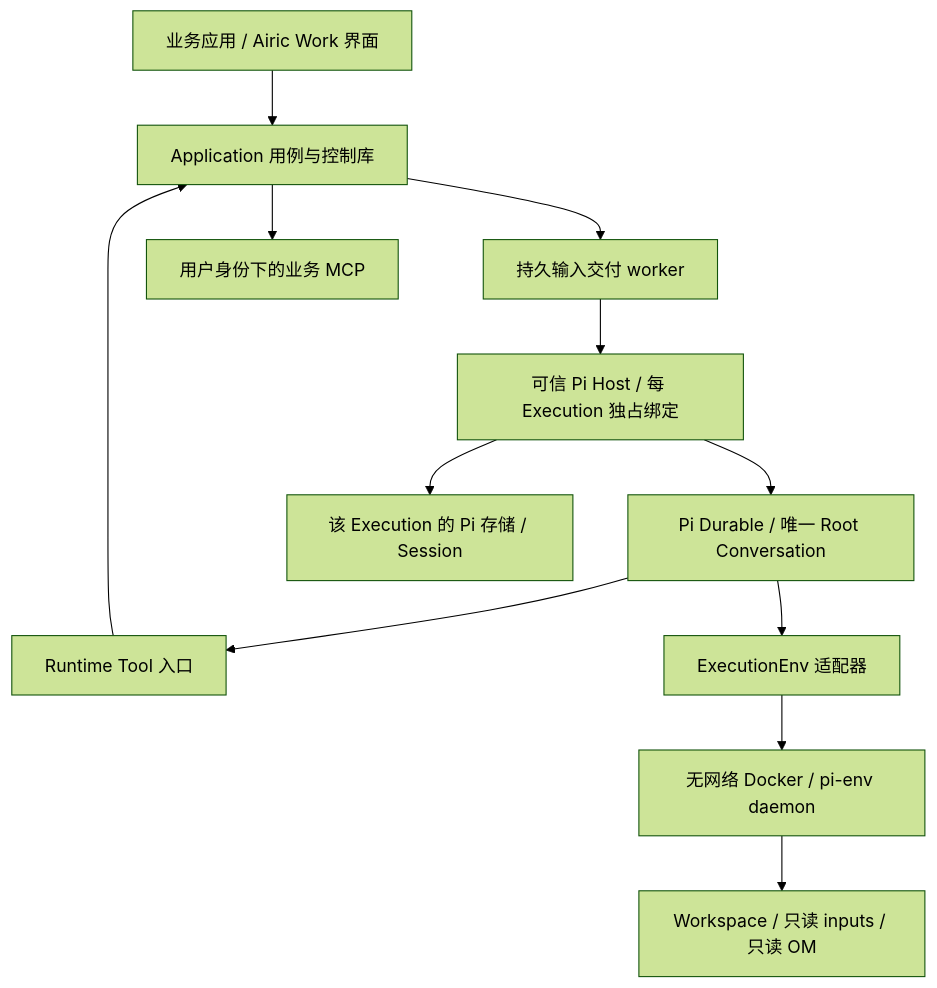
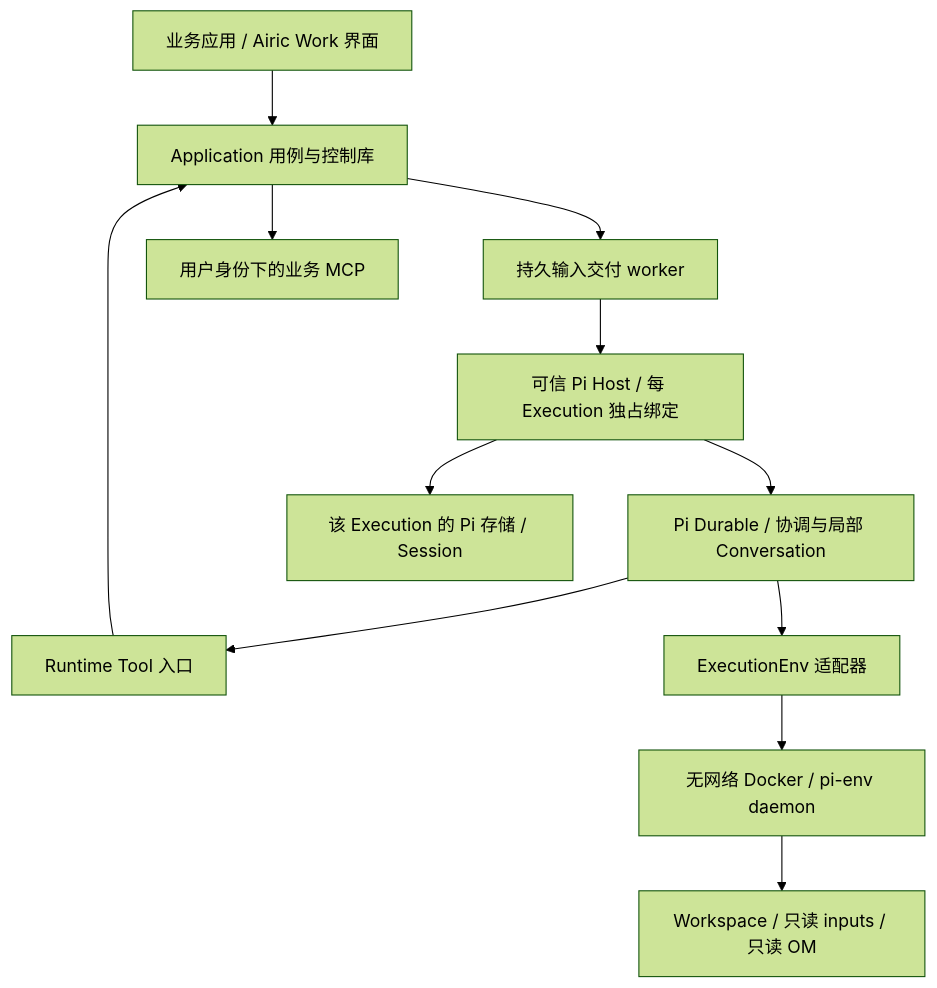
One commit to AiricDev/airic-work changed the diagram in docs/worker-runtime-design.md. Above: the diagram before and after it, drawn with Mermaid (forest theme). The commit also changed other lines of this file and 30 other files, not shown here.

````diff
--- a/docs/worker-runtime-design.md
+++ b/docs/worker-runtime-design.md
@@ -30,14 +32,14 @@
 ```mermaid
 flowchart TB
     UI[业务应用 / Airic Work 界面] --> APP[Application 用例与控制库]
     APP --> INPUT[持久输入交付 worker]
     INPUT --> HOST[可信 Pi Host / 每 Execution 独占绑定]
-    HOST --> PI[Pi Durable / 唯一 Root Conversation]
+    HOST --> PI[Pi Durable / 协调与局部 Conversation]
     PI --> TOOLS[Runtime Tool 入口]
     TOOLS --> APP
     APP --> MCP[用户身份下的业务 MCP]
     HOST --> STORE[该 Execution 的 Pi 存储 / Session]
     PI --> ENV[ExecutionEnv 适配器]
     ENV --> BOX[无网络 Docker / pi-env daemon]
     BOX --> FS[Workspace / 只读 inputs / 只读 OM]
 ```
````
